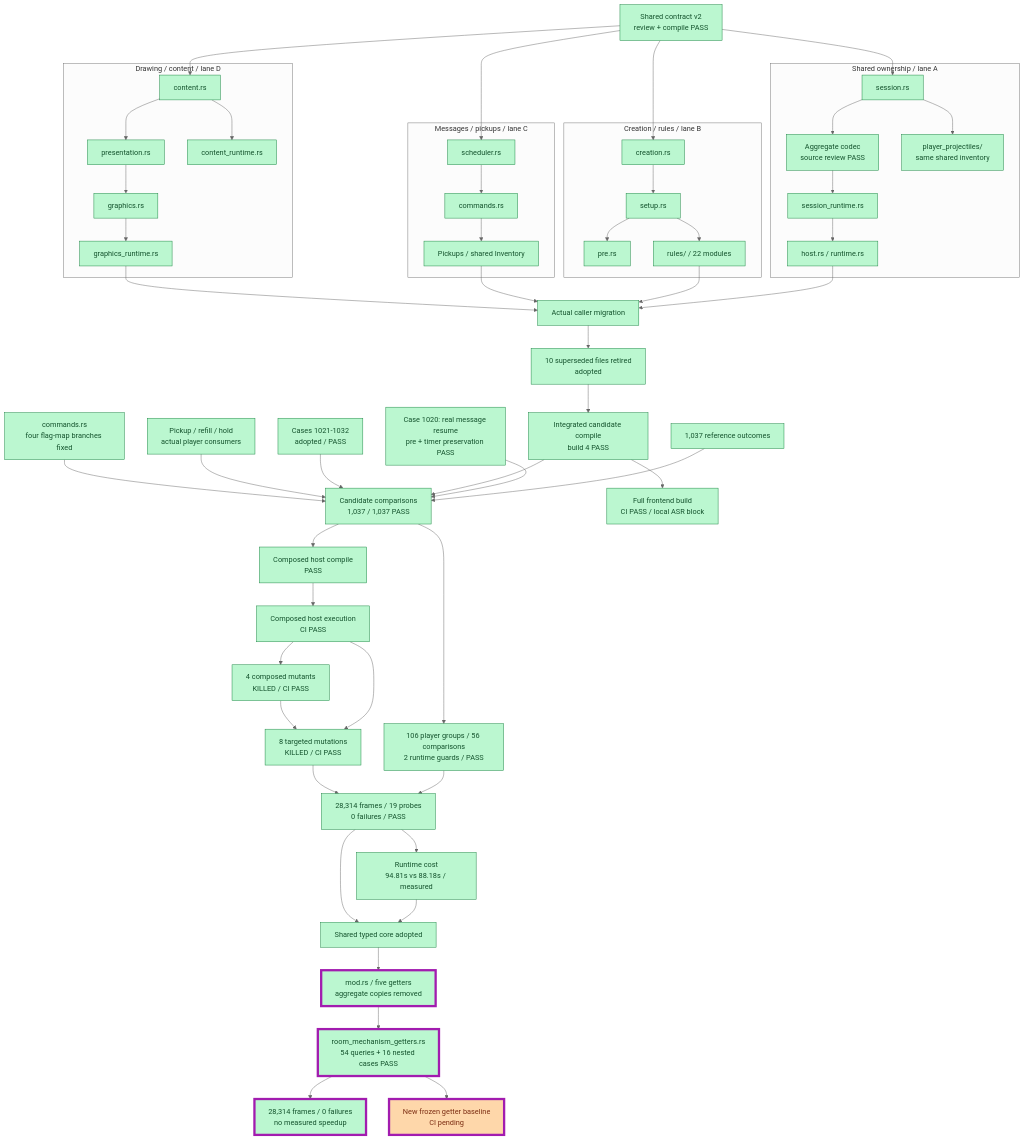
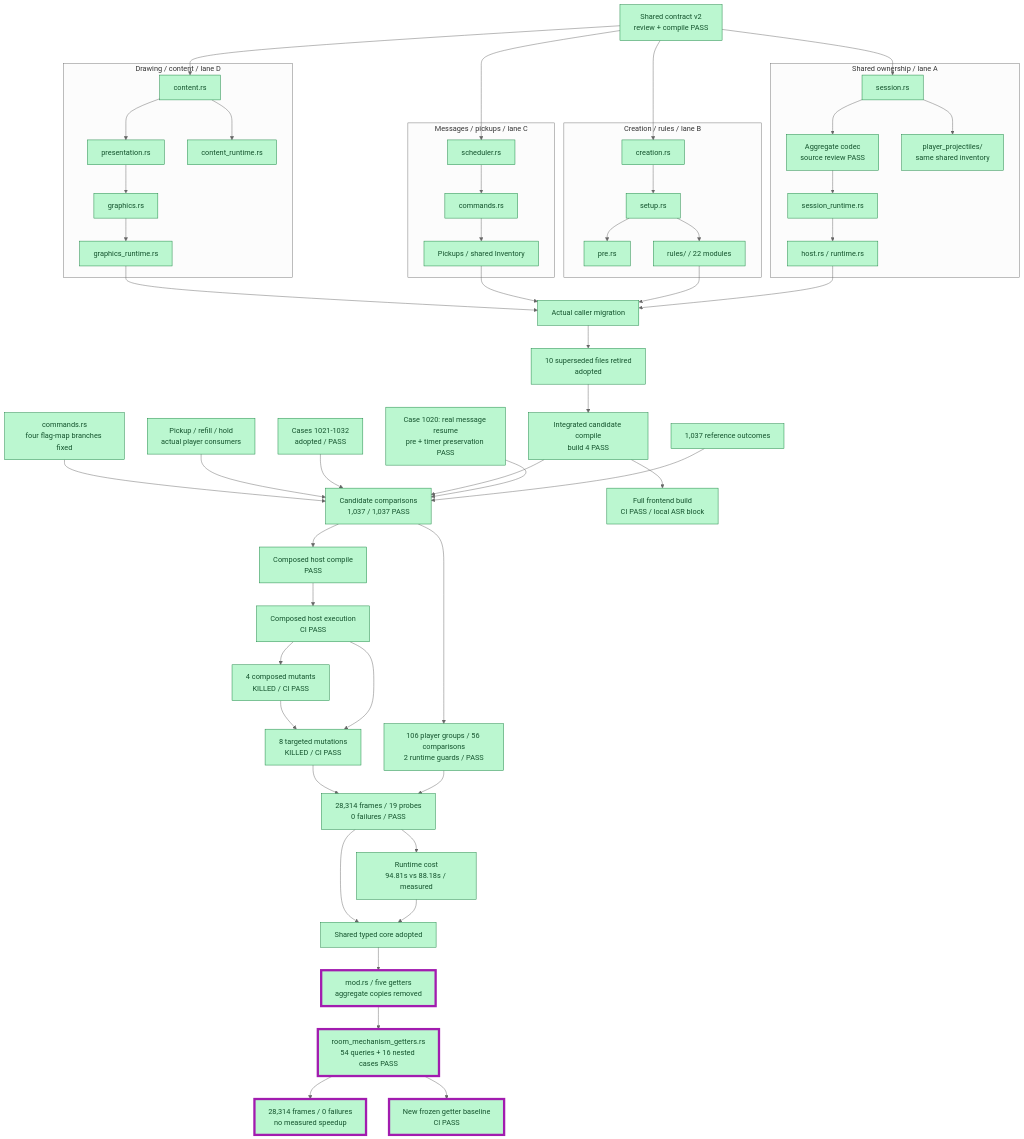
One commit to JimLundin/sm-decomp changed the second of 10 diagrams in PROGRESS.md. Above: the diagram before and after it, drawn with Mermaid (neutral theme). The commit also changed other lines of this file and 6 other files, not shown here.

````diff
--- a/PROGRESS.md
+++ b/PROGRESS.md
@@ -53,64 +54,64 @@
 ```mermaid
 flowchart TB
     CONTRACT["Shared contract v2<br/>review + compile PASS"]:::done
     subgraph shared["Shared ownership / lane A"]
         S["session.rs"]:::done --> CODEC["Aggregate codec<br/>source review PASS"]:::done
         S --> PLAYER["player_projectiles/<br/>same shared inventory"]:::done
         CODEC --> RT["session_runtime.rs"]:::done
         RT --> HOST["host.rs / runtime.rs"]:::done
     end
     subgraph creation["Creation / rules / lane B"]
         CREATE["creation.rs"]:::done --> SETUP["setup.rs"]:::done
         SETUP --> PRE["pre.rs"]:::done
         SETUP --> RULES["rules/ / 22 modules"]:::done
     end
     subgraph execution["Messages / pickups / lane C"]
         SCHED["scheduler.rs"]:::done --> CMD["commands.rs"]:::done
         CMD --> PICKUP["Pickups / shared Inventory"]:::done
     end
     subgraph drawing["Drawing / content / lane D"]
         DRAW["presentation.rs"]:::done --> GRAPHICS["graphics.rs"]:::done
         CONTENT["content.rs"]:::done --> DRAW
         CONTENT --> CR["content_runtime.rs"]:::done
         GRAPHICS --> GR["graphics_runtime.rs"]:::done
     end
     CONTRACT --> S
     CONTRACT --> CREATE
     CONTRACT --> SCHED
     CONTRACT --> CONTENT
     HOST --> CALLERS["Actual caller migration"]:::done
     RULES --> CALLERS
     PICKUP --> CALLERS
     GR --> CALLERS
     CALLERS --> DELETE["10 superseded files retired<br/>adopted"]:::done
     BASE["1,037 reference outcomes"]:::done --> COMPARE["Candidate comparisons<br/>1,037 / 1,037 PASS"]:::done
     RESUME["Case 1020: real message resume<br/>pre + timer preservation PASS"]:::done --> COMPARE
     DELETE --> BUILD["Integrated candidate compile<br/>build 4 PASS"]:::done
     BUILD --> COMPARE
     GAP["Cases 1021-1032<br/>adopted / PASS"]:::done --> COMPARE
     SHAREDTEST["Pickup / refill / hold<br/>actual player consumers"]:::done --> COMPARE
     FLAGS["commands.rs<br/>four flag-map branches fixed"]:::done --> COMPARE
     COMPARE --> REG["106 player groups / 56 comparisons<br/>2 runtime guards / PASS"]:::done
     COMPARE --> HC["Composed host compile<br/>PASS"]:::done
     HC --> HE["Composed host execution<br/>CI PASS"]:::done
     HE --> MUT["8 targeted mutations<br/>KILLED / CI PASS"]:::done
     HE --> CM["4 composed mutants<br/>KILLED / CI PASS"]:::done
     CM --> MUT
     BUILD --> FRONT["Full frontend build<br/>CI PASS / local ASR block"]:::done
     REG --> MOVIE["28,314 frames / 19 probes<br/>0 failures / PASS"]:::done
     MUT --> MOVIE
     MOVIE --> PERF["Runtime cost<br/>94.81s vs 88.18s / measured"]:::done
     PERF --> ADOPT
     MOVIE --> ADOPT["Shared typed core adopted"]:::done
     ADOPT --> GET["mod.rs / five getters<br/>aggregate copies removed"]:::done
     GET --> GTEST["room_mechanism_getters.rs<br/>54 queries + 16 nested cases PASS"]:::done
     GTEST --> GMOV["28,314 frames / 0 failures<br/>no measured speedup"]:::done
-    GTEST --> GCI["New frozen getter baseline<br/>CI pending"]:::active
+    GTEST --> GCI["New frozen getter baseline<br/>CI PASS"]:::done
     class GET,GTEST,GMOV,GCI changed
     classDef done fill:#bbf7d0,stroke:#15803d,color:#14532d
     classDef checked fill:#bfdbfe,stroke:#2563eb,color:#1e3a8a
     classDef active fill:#fed7aa,stroke:#ea580c,color:#7c2d12
     classDef pending fill:#f1f5f9,stroke:#94a3b8,color:#475569,stroke-dasharray:5 5
     classDef failed fill:#fecaca,stroke:#dc2626,color:#7f1d1d
     classDef changed stroke:#a21caf,stroke-width:5px
 ```
````
